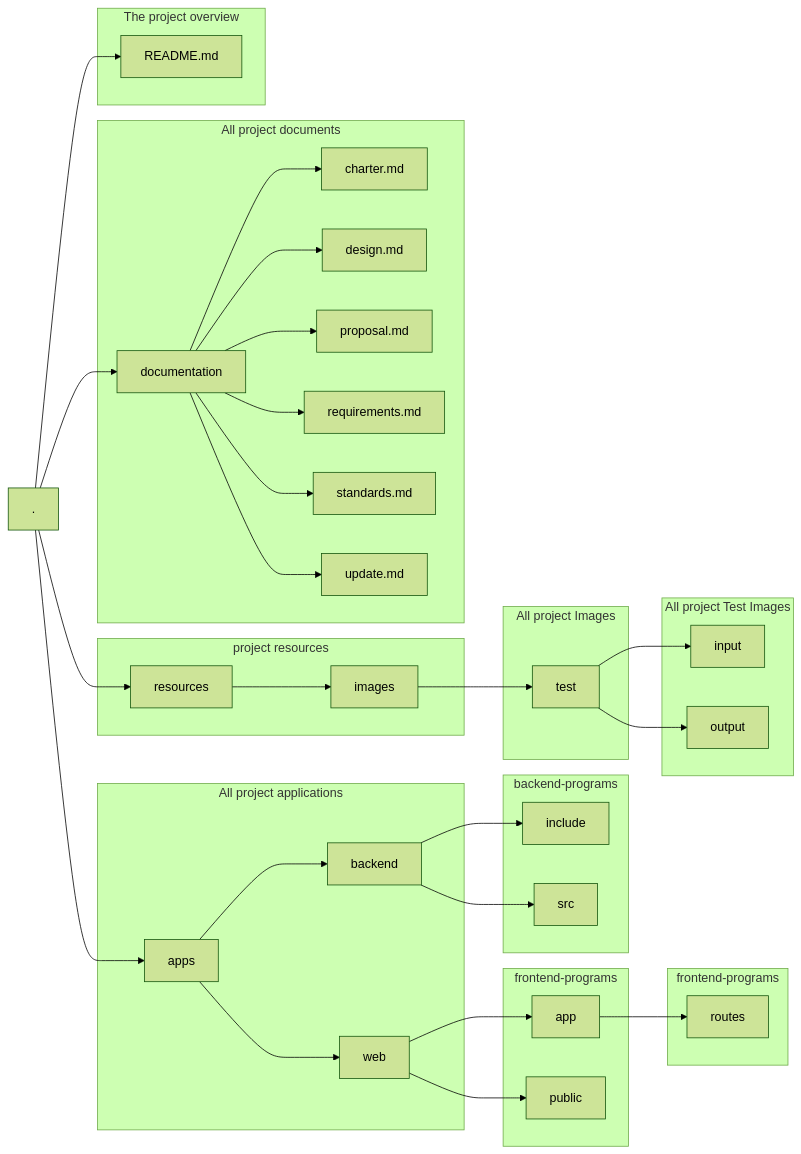
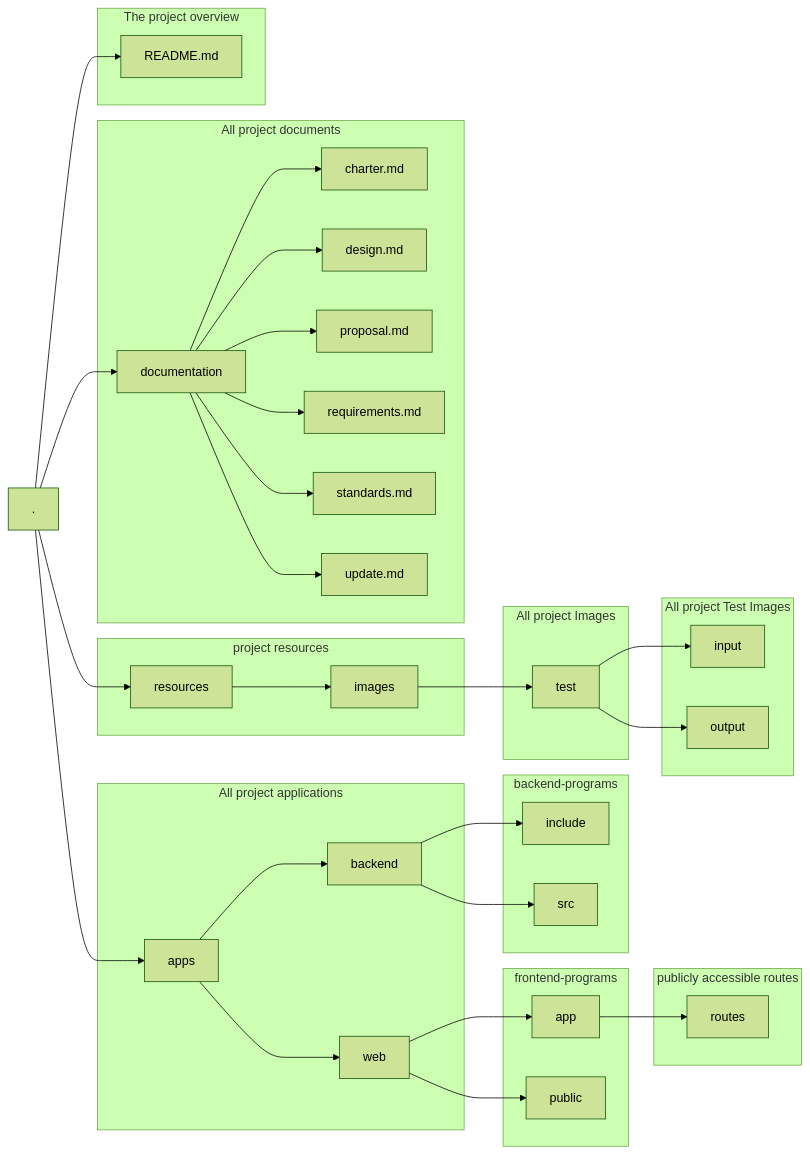
Before and after one commit to csci265-team/HiddenFrame: the fourth of 4 diagrams in documentation/design.md, drawn with Mermaid (forest theme). The commit also changed other lines of this file, not shown here.

Commit message:
updated directory structure

```diff
--- a/documentation/design.md
+++ b/documentation/design.md
@@ -227,47 +226,47 @@
 ~~~mermaid
 ---
 Title: Project Directory Structure
 ---
 graph LR
 
     root[.] --> 1[README.md]
     root --> 2[documentation]
     root --> 3[resources]
     root --> 4[apps]
     subgraph 4g[All project applications]
       4 --> 41[backend]
       4 --> 42[web]
     end
     subgraph 41g[backend-programs]
       41 --> 411[include]
       41 --> 412[src]
     end
     subgraph 42g[frontend-programs]
       42 --> 421[app]
       42 --> 422[public]
     end
-    subgraph 421g[frontend-programs]
+    subgraph 421g[publicly accessible routes]
       421 --> 4211[routes]
     end
     subgraph 3g[project resources]
 	  3 --> 31[images]	 
     end
     subgraph 31g[All project Images]
 	  31 --> 311[test]				  	 
     end
     subgraph 312g[All project Test Images]
 	  311 --> 3111[input]
 	  311 --> 3112[output]	 
     end
     subgraph 2g[All project documents]
       2 --> 21[charter.md]
       2 --> 22[design.md]
       2 --> 23[proposal.md]
       2 --> 24[requirements.md]
       2 --> 25[standards.md]
       2 --> 26[update.md]
     end
     subgraph 1g[The project overview]
       1
     end
 ~~~
```
